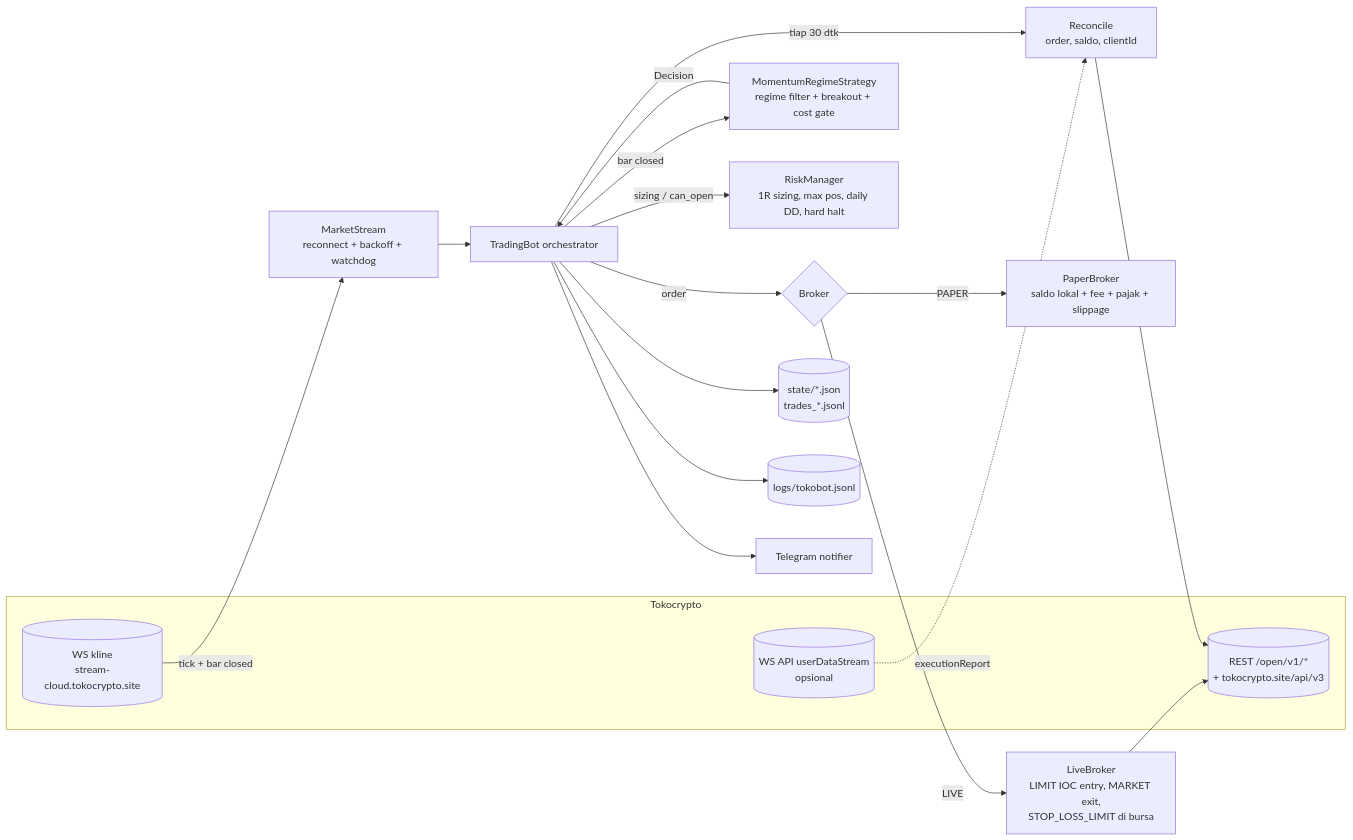
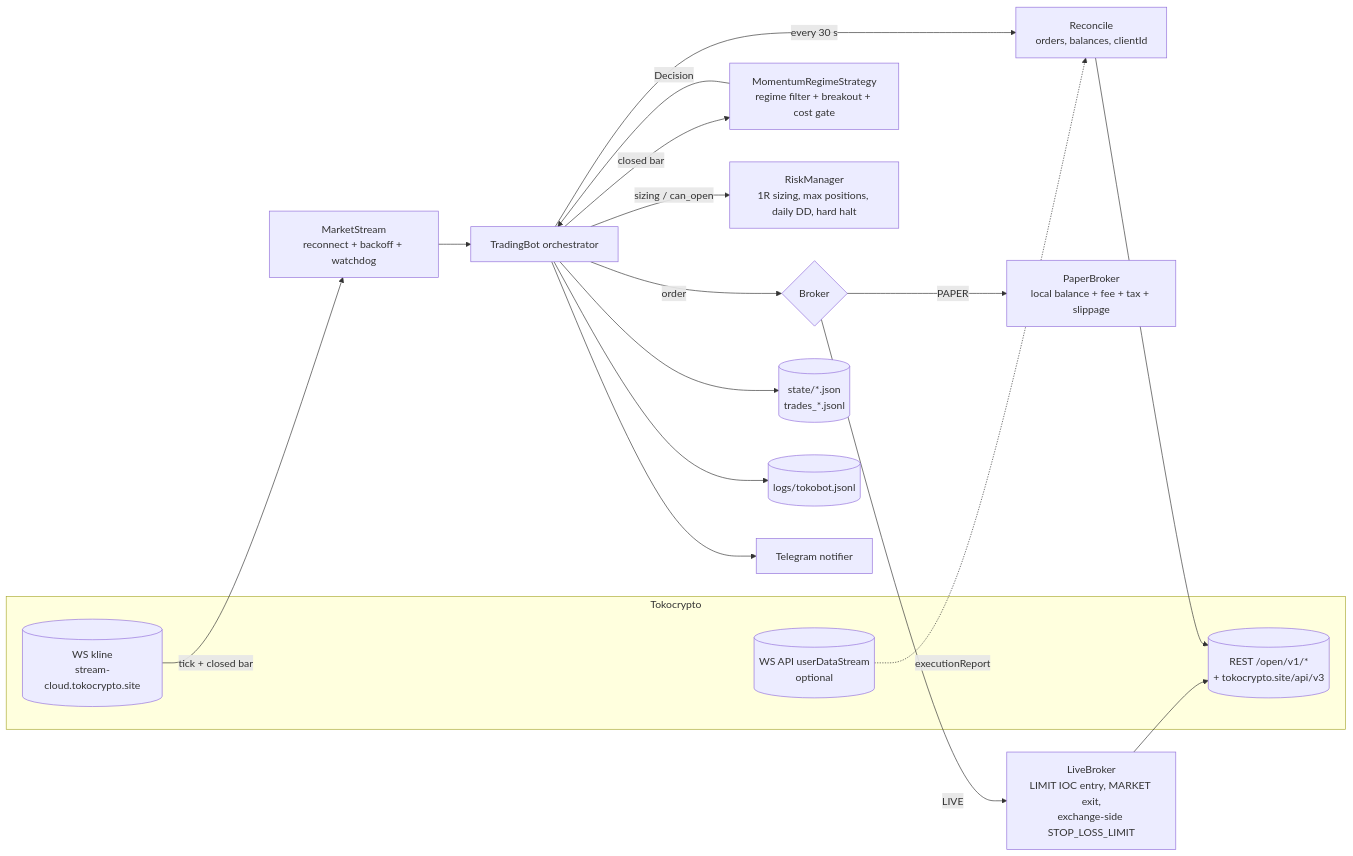
The diagram in README.md (dnjwna/tokobot), drawn with Mermaid before and after one commit. The commit also changed other lines of this file and 2 other files, not shown here.

````diff
--- a/README.md
+++ b/README.md
@@ -63,23 +66,23 @@
 ```mermaid
 flowchart LR
     subgraph Exchange[Tokocrypto]
         WS[(WS kline<br/>stream-cloud.tokocrypto.site)]
         REST[(REST /open/v1/*<br/>+ tokocrypto.site/api/v3)]
-        WSAPI[(WS API userDataStream<br/>opsional)]
+        WSAPI[(WS API userDataStream<br/>optional)]
     end
-    WS -->|tick + bar closed| MS[MarketStream<br/>reconnect + backoff + watchdog]
+    WS -->|tick + closed bar| MS[MarketStream<br/>reconnect + backoff + watchdog]
     MS --> BOT[TradingBot orchestrator]
-    BOT -->|bar closed| STRAT[MomentumRegimeStrategy<br/>regime filter + breakout + cost gate]
+    BOT -->|closed bar| STRAT[MomentumRegimeStrategy<br/>regime filter + breakout + cost gate]
     STRAT -->|Decision| BOT
-    BOT -->|sizing / can_open| RISK[RiskManager<br/>1R sizing, max pos, daily DD, hard halt]
+    BOT -->|sizing / can_open| RISK[RiskManager<br/>1R sizing, max positions, daily DD, hard halt]
     BOT -->|order| BRK{Broker}
-    BRK -->|PAPER| PB[PaperBroker<br/>saldo lokal + fee + pajak + slippage]
-    BRK -->|LIVE| LB[LiveBroker<br/>LIMIT IOC entry, MARKET exit,<br/>STOP_LOSS_LIMIT di bursa]
+    BRK -->|PAPER| PB[PaperBroker<br/>local balance + fee + tax + slippage]
+    BRK -->|LIVE| LB[LiveBroker<br/>LIMIT IOC entry, MARKET exit,<br/>exchange-side STOP_LOSS_LIMIT]
     LB --> REST
-    BOT -->|tiap 30 dtk| REC[Reconcile<br/>order, saldo, clientId]
+    BOT -->|every 30 s| REC[Reconcile<br/>orders, balances, clientId]
     REC --> REST
     WSAPI -.->|executionReport| REC
     BOT --> STORE[(state/*.json<br/>trades_*.jsonl)]
     BOT --> LOG[(logs/tokobot.jsonl)]
     BOT --> TG[Telegram notifier]
 ```
````
